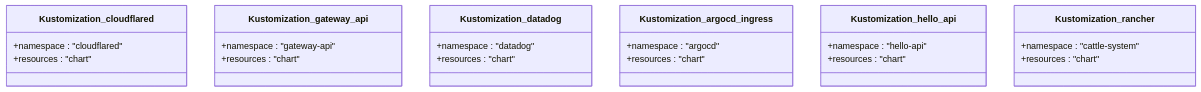
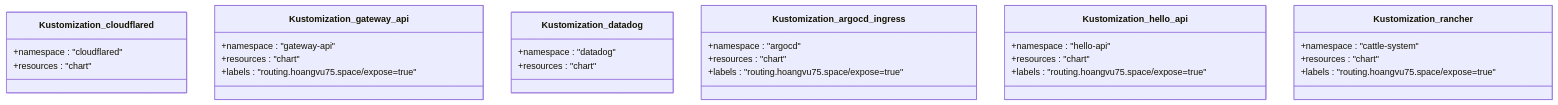
Before and after one commit to Hoangvu75/k8s_manifest: the fifth of 9 diagrams in .qoder/repowiki/en/content/Application Configuration/Namespace Management and Isolation.md, drawn with Mermaid. The commit also changed other lines of this file and 5 other files, not shown here.

````diff
--- a/.qoder/repowiki/en/content/Application Configuration/Namespace Management and Isolation.md
+++ b/.qoder/repowiki/en/content/Application Configuration/Namespace Management and Isolation.md
@@ -175,27 +193,31 @@
 ```mermaid
 classDiagram
 class Kustomization_cloudflared {
 +namespace : "cloudflared"
 +resources : "chart"
 }
 class Kustomization_gateway_api {
 +namespace : "gateway-api"
 +resources : "chart"
++labels : "routing.hoangvu75.space/expose=true"
 }
 class Kustomization_datadog {
 +namespace : "datadog"
 +resources : "chart"
 }
 class Kustomization_argocd_ingress {
 +namespace : "argocd"
 +resources : "chart"
++labels : "routing.hoangvu75.space/expose=true"
 }
 class Kustomization_hello_api {
 +namespace : "hello-api"
 +resources : "chart"
++labels : "routing.hoangvu75.space/expose=true"
 }
 class Kustomization_rancher {
 +namespace : "cattle-system"
 +resources : "chart"
++labels : "routing.hoangvu75.space/expose=true"
 }
 ```
````
